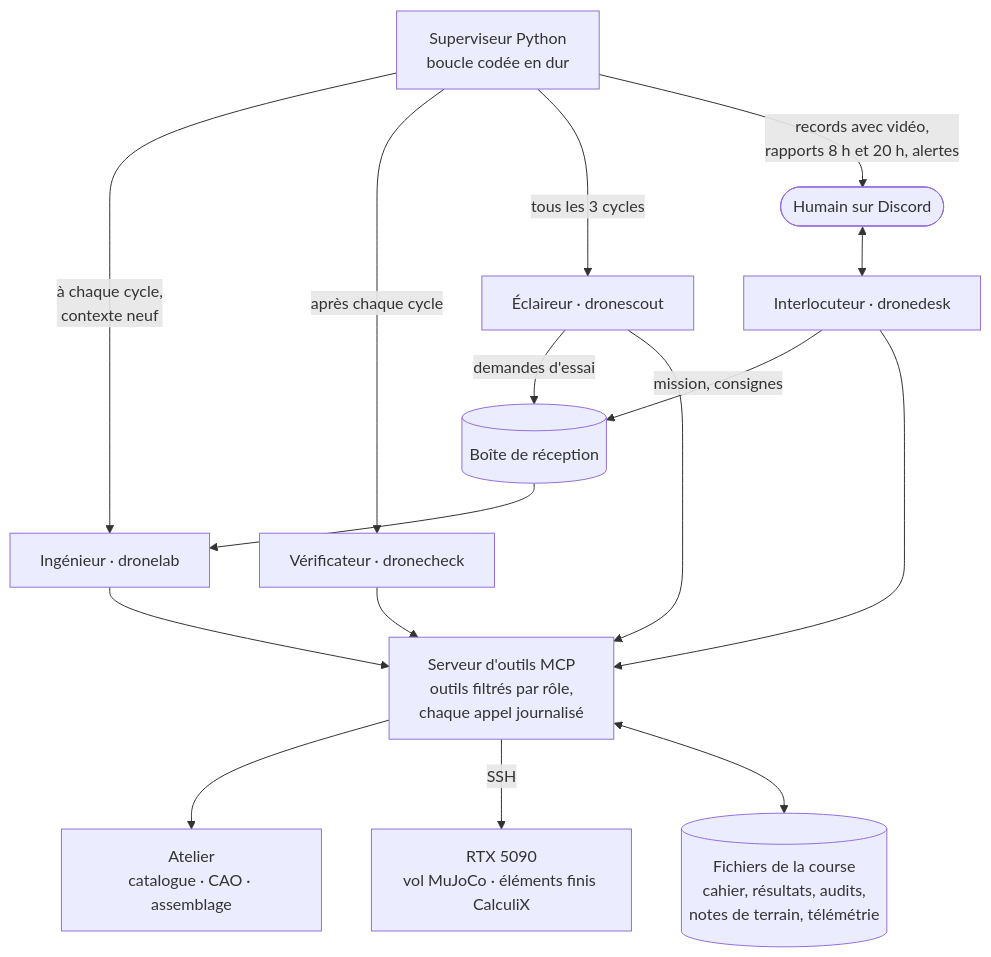
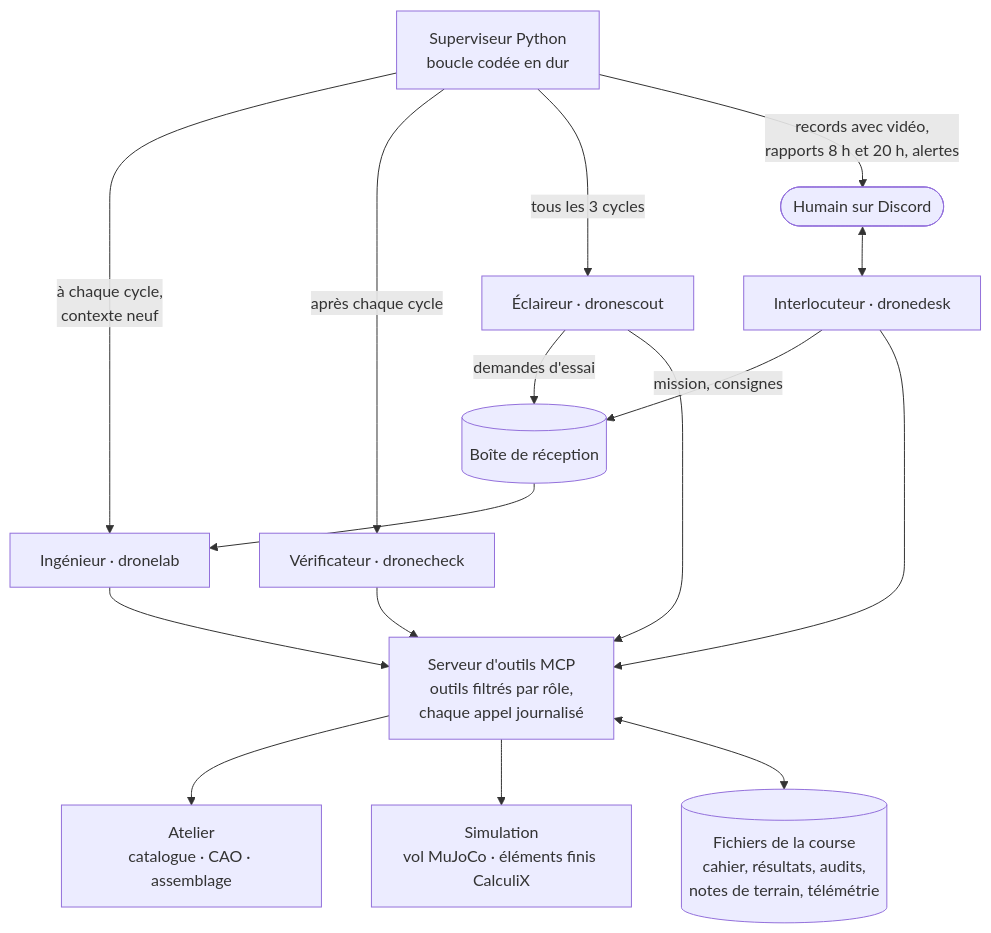
The diagram in docs/diagrams/architecture.mmd (Gougnafier/dronelab), drawn with Mermaid before and after one commit. The commit also changed 9 other files, not shown here.

```diff
--- a/docs/diagrams/architecture.mmd
+++ b/docs/diagrams/architecture.mmd
@@ -1,14 +1,14 @@
 flowchart TB
     USER(["Humain sur Discord"]) <--> DESK["Interlocuteur · dronedesk"]
     DESK -->|"mission, consignes"| INBOX[("Boîte de réception")]
     SUP["Superviseur Python<br/>boucle codée en dur"]
     SUP -->|"à chaque cycle,<br/>contexte neuf"| ENG["Ingénieur · dronelab"]
     SUP -->|"après chaque cycle"| VER["Vérificateur · dronecheck"]
     SUP -->|"tous les 3 cycles"| SCOUT["Éclaireur · dronescout"]
     SUP -->|"records avec vidéo,<br/>rapports 8 h et 20 h, alertes"| USER
     INBOX --> ENG
     SCOUT -->|"demandes d'essai"| INBOX
     ENG & VER & SCOUT & DESK --> MCP["Serveur d'outils MCP<br/>outils filtrés par rôle,<br/>chaque appel journalisé"]
     MCP --> WORK["Atelier<br/>catalogue · CAO · assemblage"]
-    MCP -->|"SSH"| GPU["RTX 5090<br/>vol MuJoCo · éléments finis CalculiX"]
+    MCP --> SIM["Simulation<br/>vol MuJoCo · éléments finis CalculiX"]
     MCP <--> RUN[("Fichiers de la course<br/>cahier, résultats, audits,<br/>notes de terrain, télémétrie")]
```
